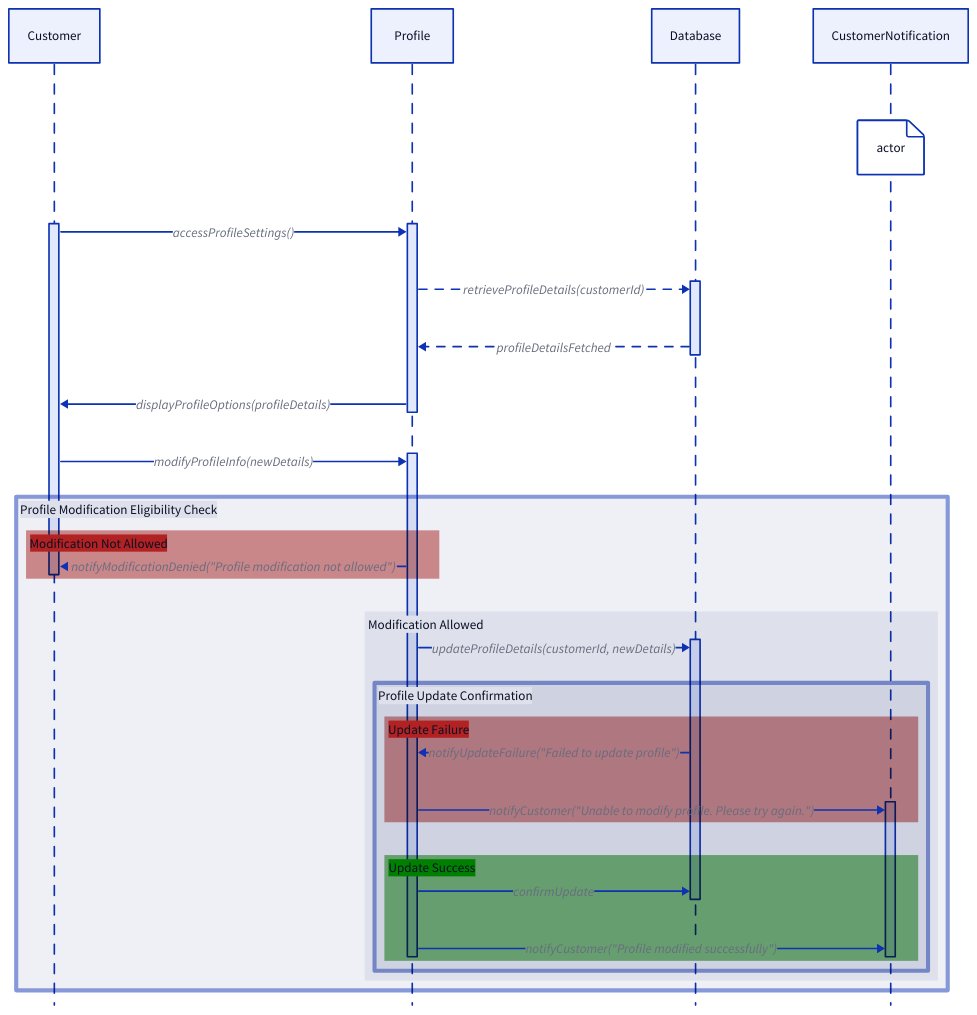
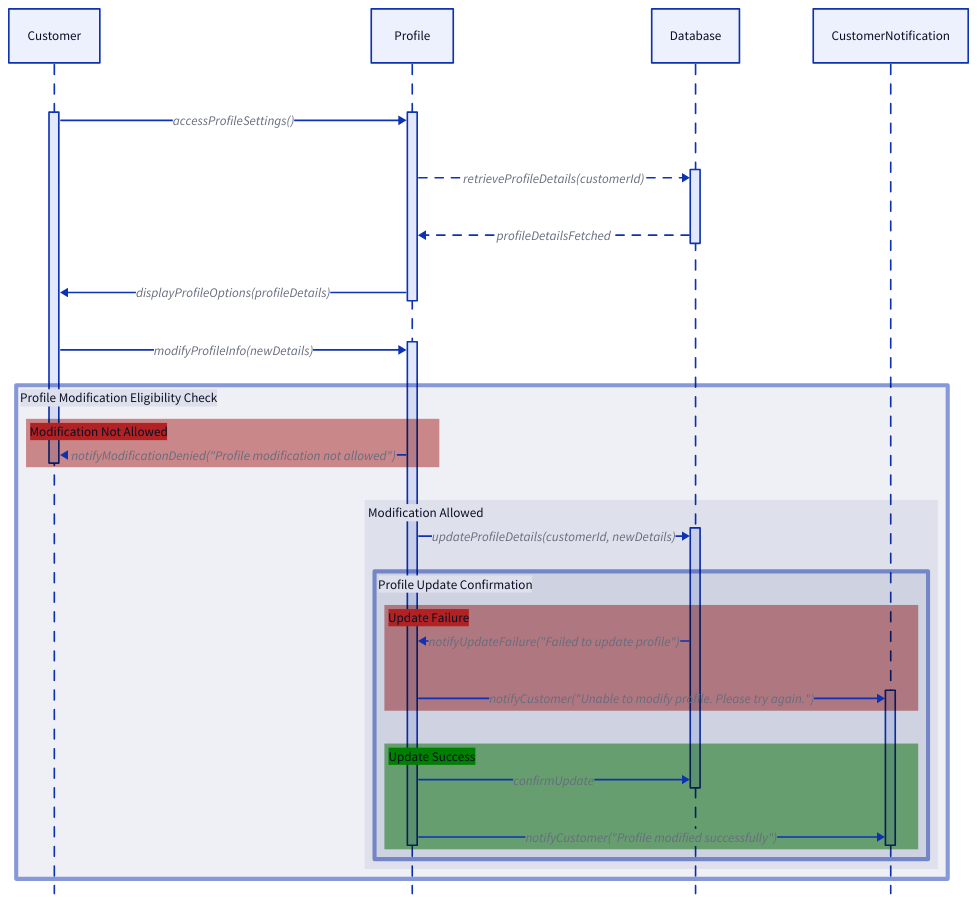
Before and after one commit to Arqamz/hawktu-logistics: the diagram in documentation/diagrams/action-sequence/modify-profile.d2, drawn with D2. The commit also changed 2 other files, not shown here.

Commit message:
Updated action-sequence diagram's README

```diff
--- a/documentation/diagrams/action-sequence/modify-profile.d2
+++ b/documentation/diagrams/action-sequence/modify-profile.d2
@@ -1,48 +1,48 @@
 shape: sequence_diagram
 
 Customer.t1: actor
 Profile.t1: actor
 Database.t1: actor
-CustomerNotification.t1: actor
+CustomerNotification
 
 Customer.t1 -> Profile.t1: accessProfileSettings()
 Profile.t1 -> Database.t1: retrieveProfileDetails(customerId) {
   style.stroke-dash: 5
 }
 Profile.t1 <- Database.t1: profileDetailsFetched {
   style.stroke-dash: 5
 }
 Customer.t1 <- Profile.t1: displayProfileOptions(profileDetails)
 
 Customer.t1 -> Profile.t2: modifyProfileInfo(newDetails)
 
 alt label: "Profile Modification Eligibility Check" {
   style.stroke-width: 5
 
   if label: "Modification Not Allowed" {
     style.fill: firebrick
     Profile.t2 -> Customer.t1: notifyModificationDenied("Profile modification not allowed")  {
       style.stroke-dash: 5
     }
   }
   else label: "Modification Allowed" {
     Profile.t2 -> Database.t2: updateProfileDetails(customerId, newDetails)
     
     alt1 label: "Profile Update Confirmation" {
       style.stroke-width: 5
 
       if label: "Update Failure" {
         style.fill: firebrick
         Database.t2 -> Profile.t2: notifyUpdateFailure("Failed to update profile") {
           style.stroke-dash: 5
         }
         Profile.t2 -> CustomerNotification.t2: notifyCustomer("Unable to modify profile. Please try again.")
       }
       else label: "Update Success" {
         style.fill: green
         Database.t2 <- Profile.t2: confirmUpdate 
         CustomerNotification.t2 <- Profile.t2: notifyCustomer("Profile modified successfully") 
       }
     }
   }
 }
```
